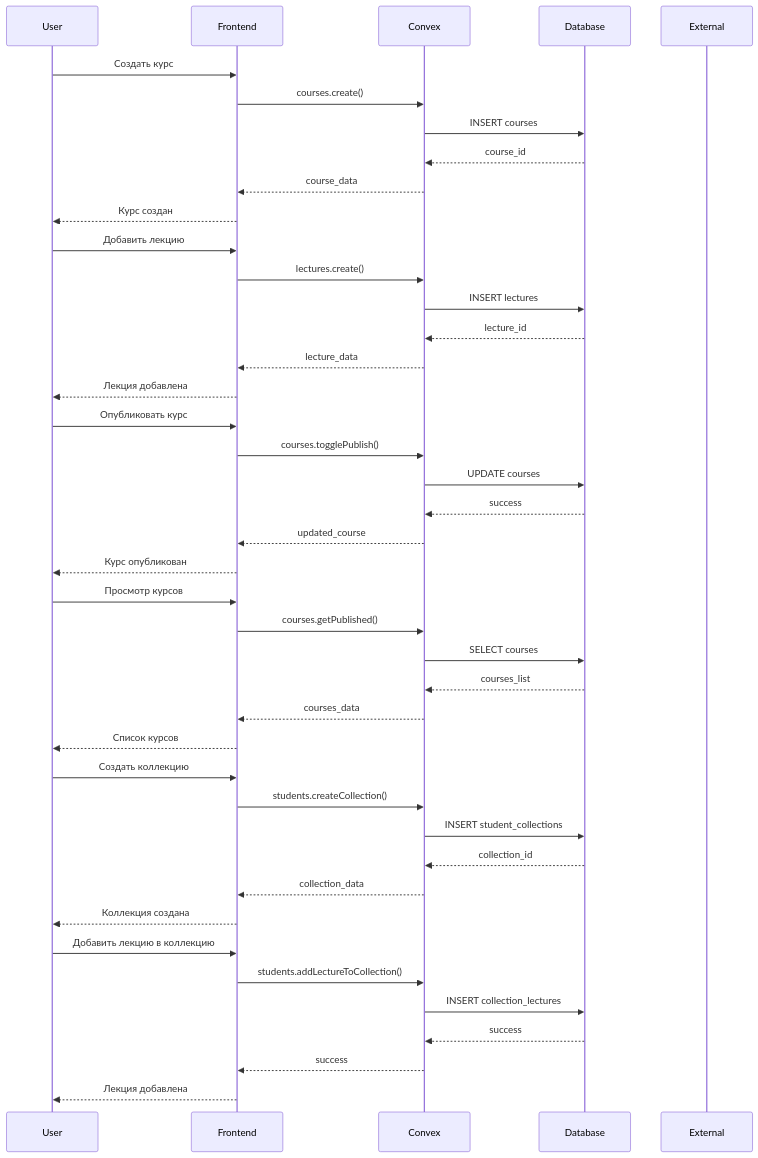
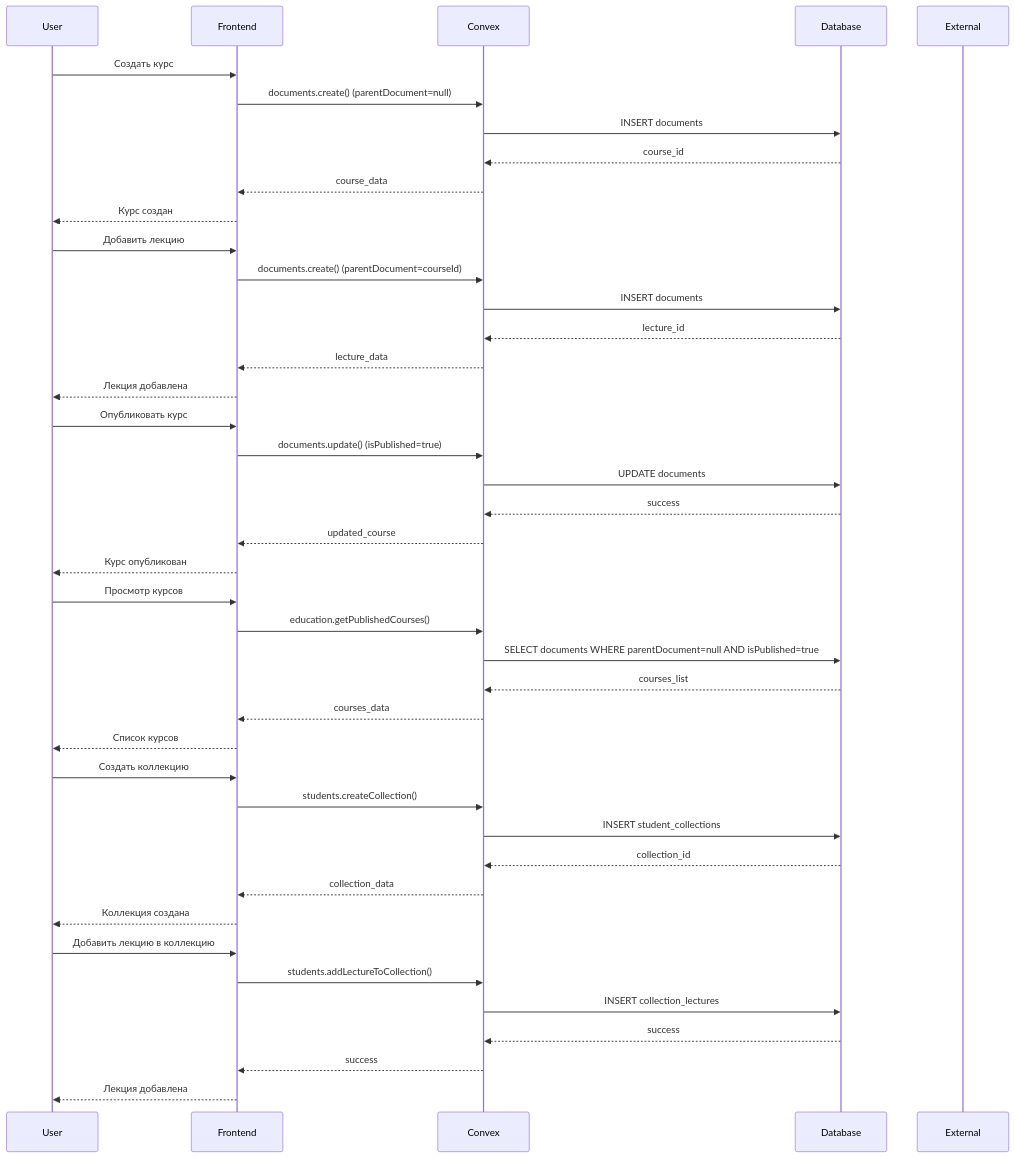
Before and after one commit to a1x02/BiGOR_2.0: the third of 11 diagrams in ARCHITECTURE_DIAGRAM.md, drawn with Mermaid. The commit also changed other lines of this file and 4 other files, not shown here.

````diff
--- a/ARCHITECTURE_DIAGRAM.md
+++ b/ARCHITECTURE_DIAGRAM.md
@@ -159,56 +136,56 @@
 ```mermaid
 sequenceDiagram
     participant U as User
     participant F as Frontend
     participant C as Convex
     participant D as Database
     participant E as External
 
-    %% Редактор создает курс
+    %% Редактор создает курс (уже реализовано)
     U->>F: Создать курс
-    F->>C: courses.create()
-    C->>D: INSERT courses
+    F->>C: documents.create() (parentDocument=null)
+    C->>D: INSERT documents
     D-->>C: course_id
     C-->>F: course_data
     F-->>U: Курс создан
 
-    %% Редактор добавляет лекцию
+    %% Редактор добавляет лекцию (уже реализовано)
     U->>F: Добавить лекцию
-    F->>C: lectures.create()
-    C->>D: INSERT lectures
+    F->>C: documents.create() (parentDocument=courseId)
+    C->>D: INSERT documents
     D-->>C: lecture_id
     C-->>F: lecture_data
     F-->>U: Лекция добавлена
 
-    %% Редактор публикует курс
+    %% Редактор публикует курс (уже реализовано)
     U->>F: Опубликовать курс
-    F->>C: courses.togglePublish()
-    C->>D: UPDATE courses
+    F->>C: documents.update() (isPublished=true)
+    C->>D: UPDATE documents
     D-->>C: success
     C-->>F: updated_course
     F-->>U: Курс опубликован
 
-    %% Гость просматривает курсы
+    %% Гость просматривает курсы (новый функционал)
     U->>F: Просмотр курсов
-    F->>C: courses.getPublished()
-    C->>D: SELECT courses
+    F->>C: education.getPublishedCourses()
+    C->>D: SELECT documents WHERE parentDocument=null AND isPublished=true
     D-->>C: courses_list
     C-->>F: courses_data
     F-->>U: Список курсов
 
-    %% Студент создает коллекцию
+    %% Студент создает коллекцию (новый функционал)
     U->>F: Создать коллекцию
     F->>C: students.createCollection()
     C->>D: INSERT student_collections
     D-->>C: collection_id
     C-->>F: collection_data
     F-->>U: Коллекция создана
 
-    %% Студент добавляет лекцию в коллекцию
+    %% Студент добавляет лекцию в коллекцию (новый функционал)
     U->>F: Добавить лекцию в коллекцию
     F->>C: students.addLectureToCollection()
     C->>D: INSERT collection_lectures
     D-->>C: success
     C-->>F: success
     F-->>U: Лекция добавлена
 ```
````
